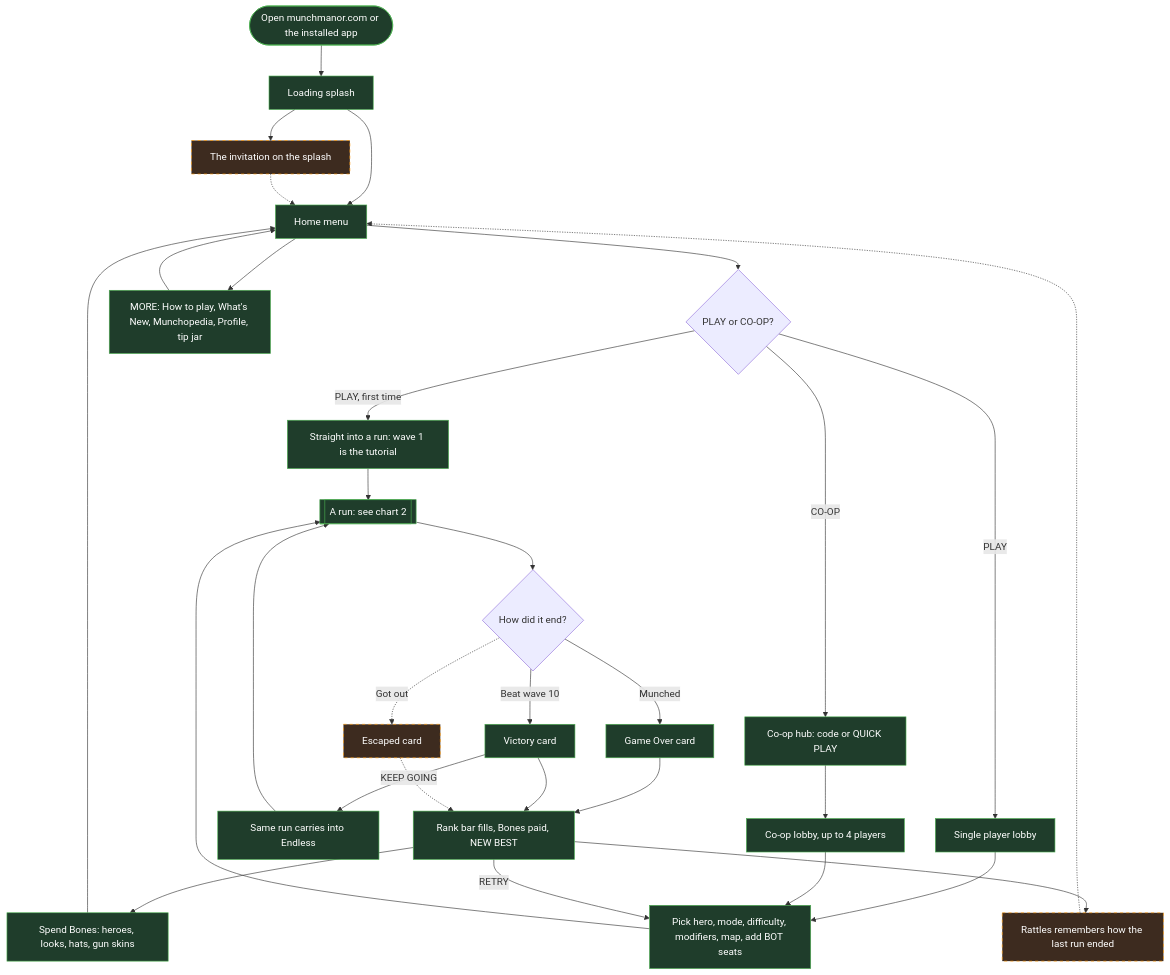
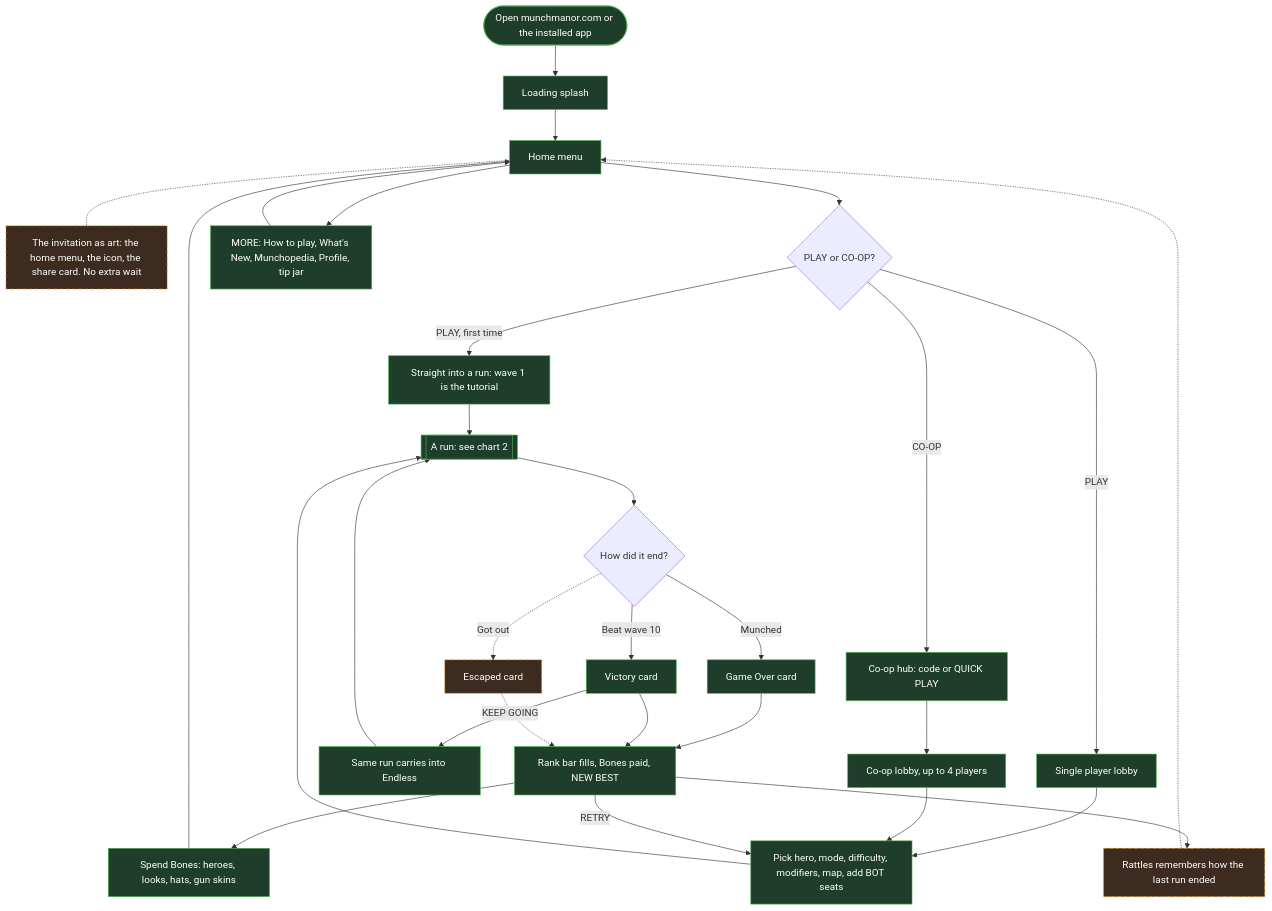
One commit to Tanner-Scadden/munch-manor changed the second of 6 diagrams in FLOW.md. Above: the diagram before and after it, drawn with Mermaid. The commit also changed other lines of this file and 2 other files, not shown here.

Commit message:
docs: make the invitation art, not a splash screen
The loading splash is gone too fast to read an invitation on it. The invitation becomes an asset the story builds around instead: a card on the home menu, the app icon, the store art, and the share card, with no extra wait.

````diff
--- a/FLOW.md
+++ b/FLOW.md
@@ -23,43 +23,42 @@
 ```mermaid
 flowchart TD
   link([Open munchmanor.com or the installed app]):::built --> splash[Loading splash]:::built
-  splash --> invite[The invitation on the splash]:::proposed
   splash --> home
-  invite -.-> home
+  home -.- invite[The invitation as art: the home menu, the icon, the share card. No extra wait]:::proposed
 
   home[Home menu]:::built --> playBtn{PLAY or CO-OP?}
   home --> more[MORE: How to play, What's New, Munchopedia, Profile, tip jar]:::built
   more --> home
 
   playBtn -->|PLAY, first time| tutorial[Straight into a run: wave 1 is the tutorial]:::built
   playBtn -->|PLAY| lobby[Single player lobby]:::built
   playBtn -->|CO-OP| coop[Co-op hub: code or QUICK PLAY]:::built
 
   lobby --> picks[Pick hero, mode, difficulty, modifiers, map, add BOT seats]:::built
   coop --> coopLobby[Co-op lobby, up to 4 players]:::built
   coopLobby --> picks
 
   picks --> run[[A run: see chart 2]]:::built
   tutorial --> run
 
   run --> ended{How did it end?}
   ended -->|Munched| gameOver[Game Over card]:::built
   ended -->|Beat wave 10| victory[Victory card]:::built
   ended -.->|Got out| escaped[Escaped card]:::proposed
 
   victory -->|KEEP GOING| endless[Same run carries into Endless]:::built
   endless --> run
 
   gameOver --> reward[Rank bar fills, Bones paid, NEW BEST]:::built
   victory --> reward
   escaped -.-> reward
 
   reward --> spend[Spend Bones: heroes, looks, hats, gun skins]:::built
   reward --> rattlesMemory[Rattles remembers how the last run ended]:::proposed
   spend --> home
   rattlesMemory -.-> home
   reward -->|RETRY| picks
 
   classDef built fill:#1f3d2b,stroke:#4caf50,color:#fff
   classDef proposed fill:#3d2b1f,stroke:#ff9800,color:#fff,stroke-dasharray: 5 5
 ```
````
